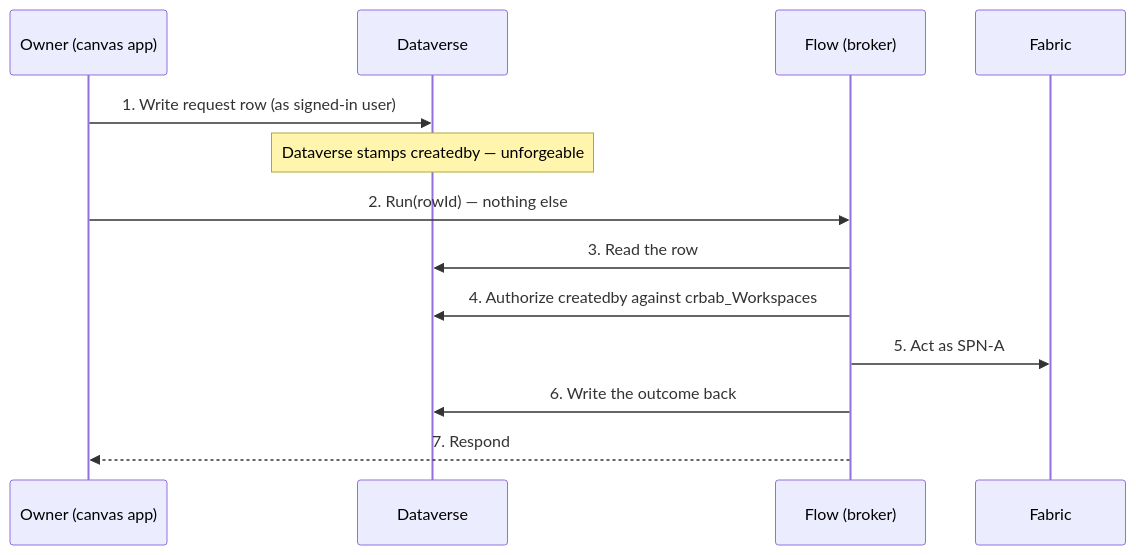
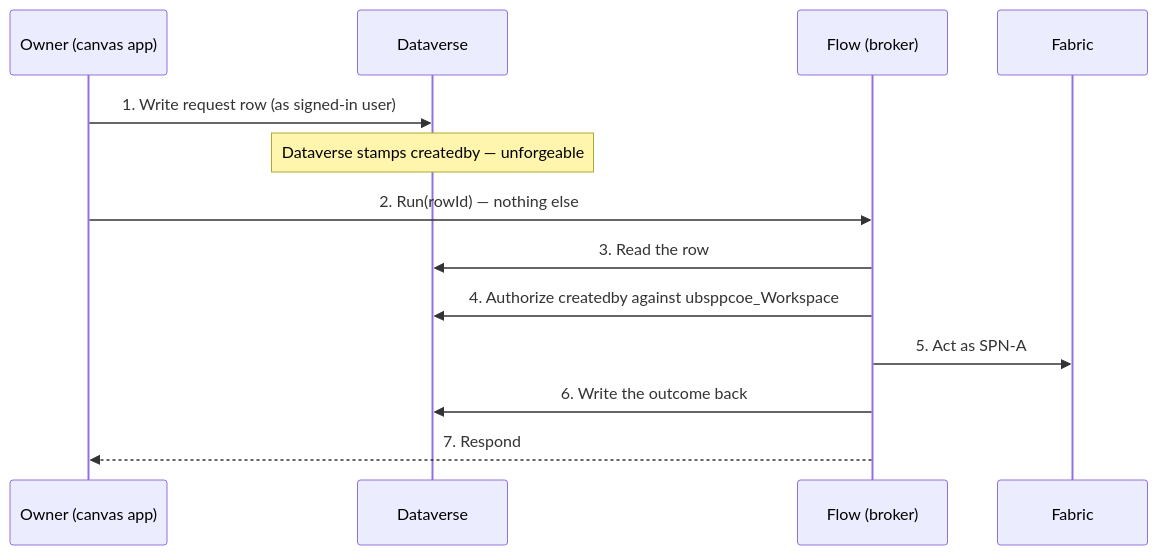
The second of 5 diagrams in docs/HIGH-LEVEL-ARCHITECTURE.md (velniaszs/Fabric_Workspace_Settings), drawn with Mermaid before and after one commit. The commit also changed other lines of this file and 35 other files, not shown here.

````diff
--- a/docs/HIGH-LEVEL-ARCHITECTURE.md
+++ b/docs/HIGH-LEVEL-ARCHITECTURE.md
@@ -140,16 +140,16 @@
 ```mermaid
 sequenceDiagram
     participant U as Owner (canvas app)
     participant D as Dataverse
     participant F as Flow (broker)
     participant X as Fabric
 
     U->>D: 1. Write request row (as signed-in user)
     Note over D: Dataverse stamps createdby — unforgeable
     U->>F: 2. Run(rowId) — nothing else
     F->>D: 3. Read the row
-    F->>D: 4. Authorize createdby against crbab_Workspaces
+    F->>D: 4. Authorize createdby against ubsppcoe_Workspace
     F->>X: 5. Act as SPN-A
     F->>D: 6. Write the outcome back
     F-->>U: 7. Respond
 ```
````
